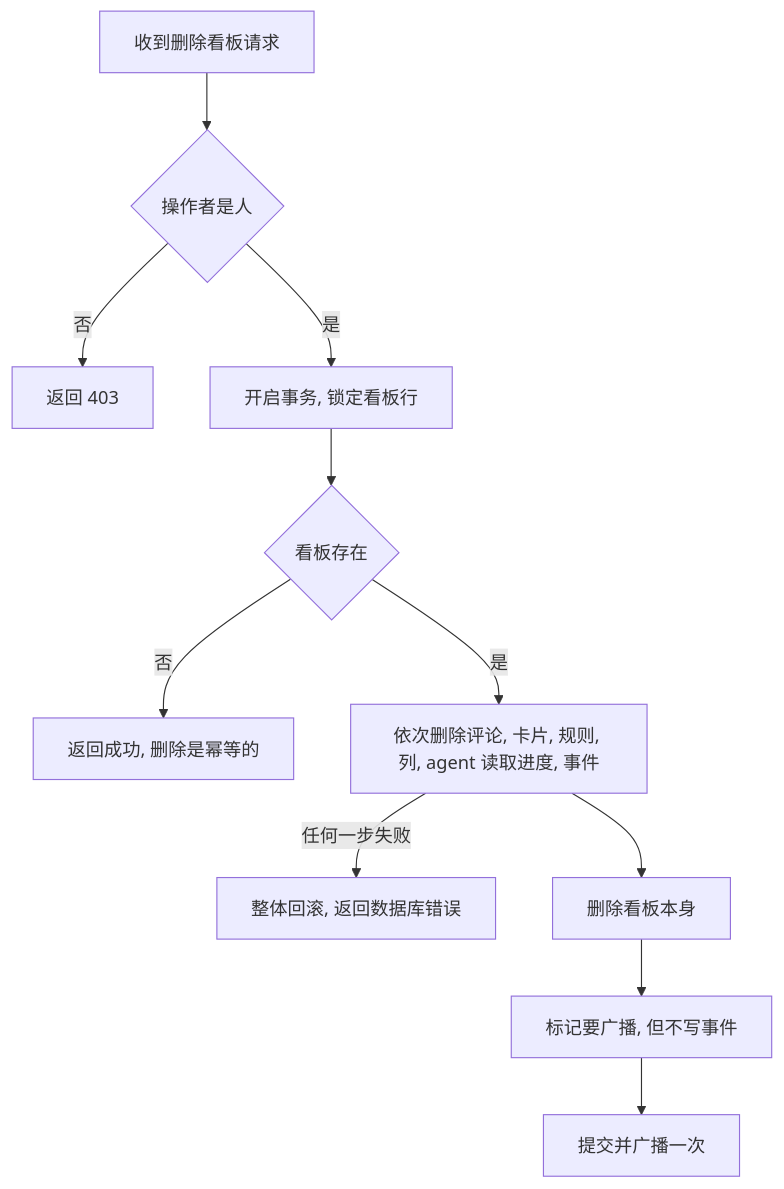
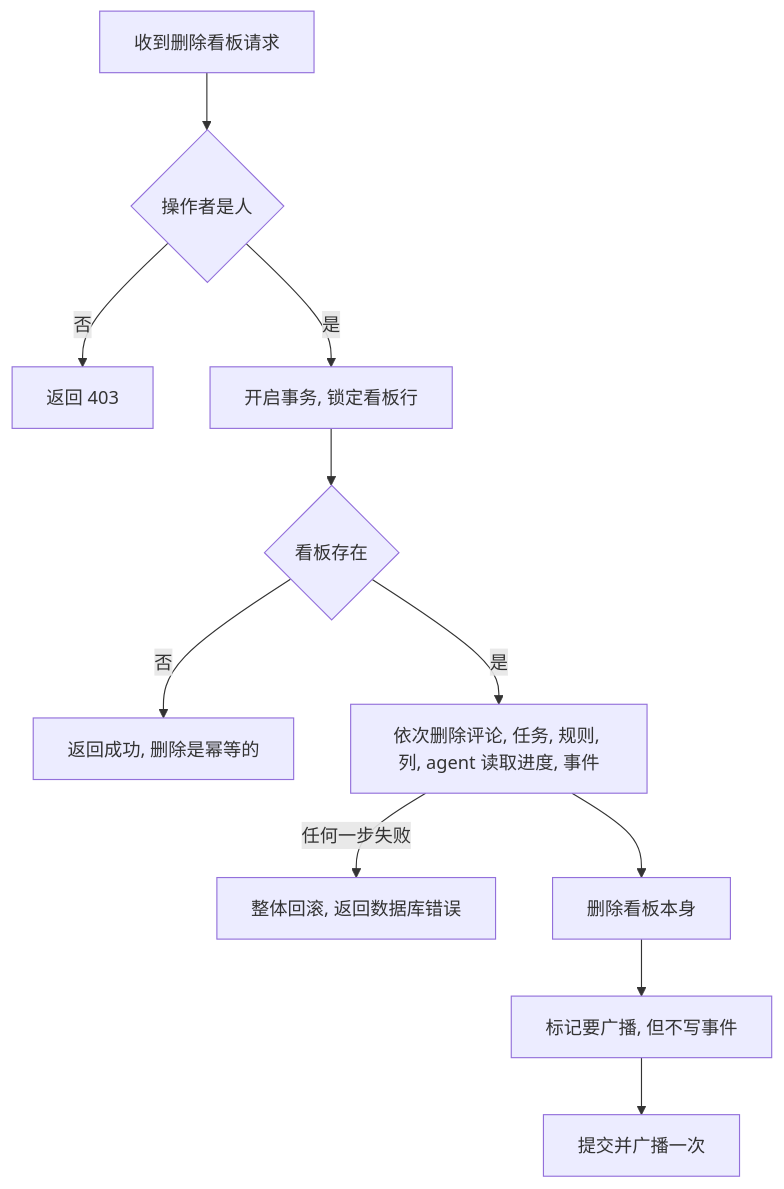
Before and after one commit to ixugo/slate-kanban: the sixth of 7 diagrams in .cursor/scopes/kanban.board.go.md, drawn with Mermaid. The commit also changed other lines of this file and 49 other files, not shown here.

````diff
--- a/.cursor/scopes/kanban.board.go.md
+++ b/.cursor/scopes/kanban.board.go.md
@@ -205,13 +205,13 @@
 ```mermaid
 flowchart TD
     A[收到删除看板请求] --> B{操作者是人}
     B -->|否| Z1[返回 403]
     B -->|是| C[开启事务, 锁定看板行]
     C --> D{看板存在}
     D -->|否| Z0[返回成功, 删除是幂等的]
-    D -->|是| E[依次删除评论, 卡片, 规则, 列, agent 读取进度, 事件]
+    D -->|是| E[依次删除评论, 任务, 规则, 列, agent 读取进度, 事件]
     E -->|任何一步失败| Z2[整体回滚, 返回数据库错误]
     E --> F[删除看板本身]
     F --> G[标记要广播, 但不写事件]
     G --> H[提交并广播一次]
 ```
````
